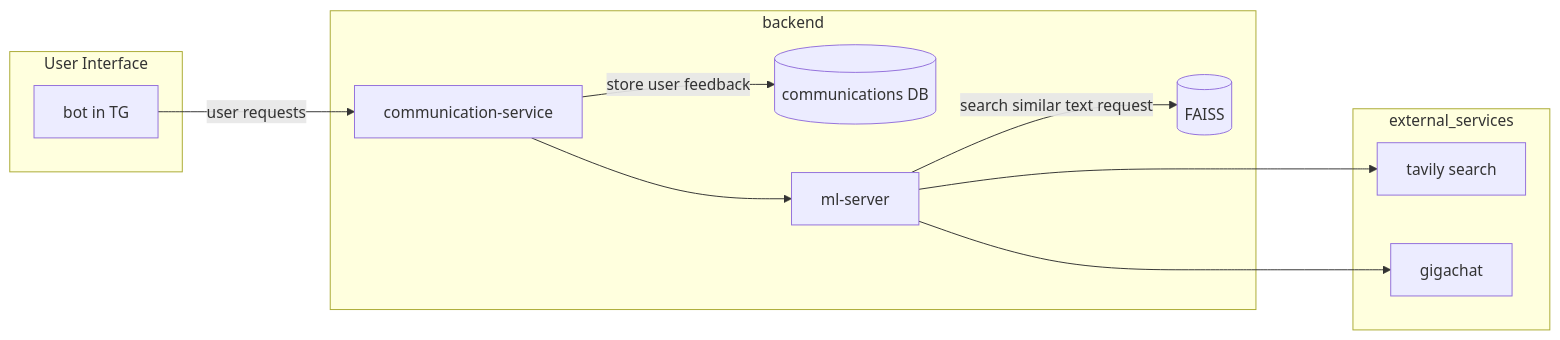
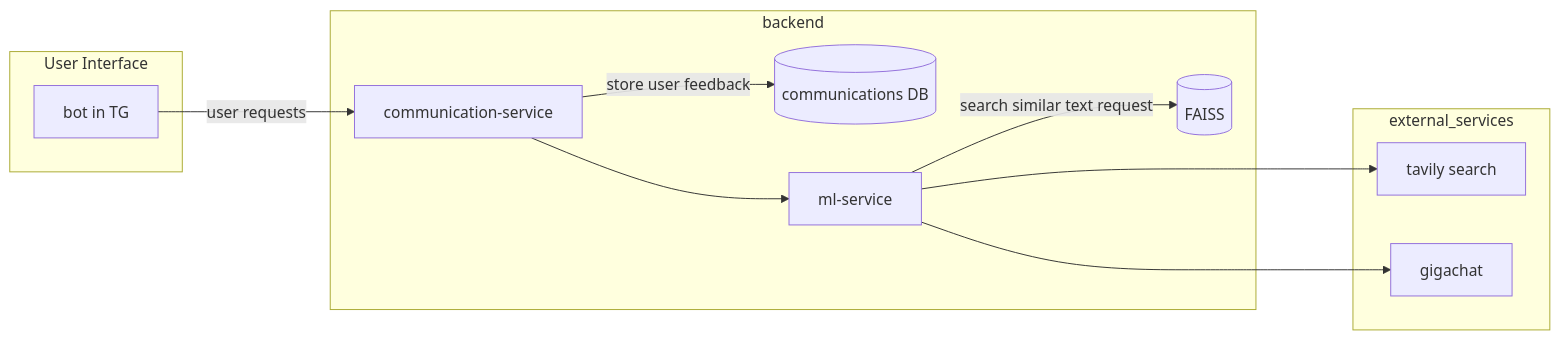
The diagram in README.md (Ed-Isakov/Tourist_agency_consultant), drawn with Mermaid before and after one commit.

````diff
--- a/README.md
+++ b/README.md
@@ -78,28 +78,28 @@
 ```mermaid
 
 flowchart LR
     subgraph User Interface
         tg_bot["bot in TG"]
     end
 
     subgraph external_services
         tavily_search["tavily search"]
         gigachat["gigachat"]
     end
 
     subgraph backend
         communication_server["communication-service"]
         postgresql_db[("communications DB")]
-        ml_server["ml-server"]
+        ml_server["ml-service"]
         faiss[("FAISS")]
     end
 
     tg_bot -->|user requests| communication_server
     communication_server --> ml_server
     ml_server -->|search similar text request| faiss
 
     ml_server ----> tavily_search
     ml_server --> gigachat
     communication_server -->|store user feedback| postgresql_db
 
 ```
````
